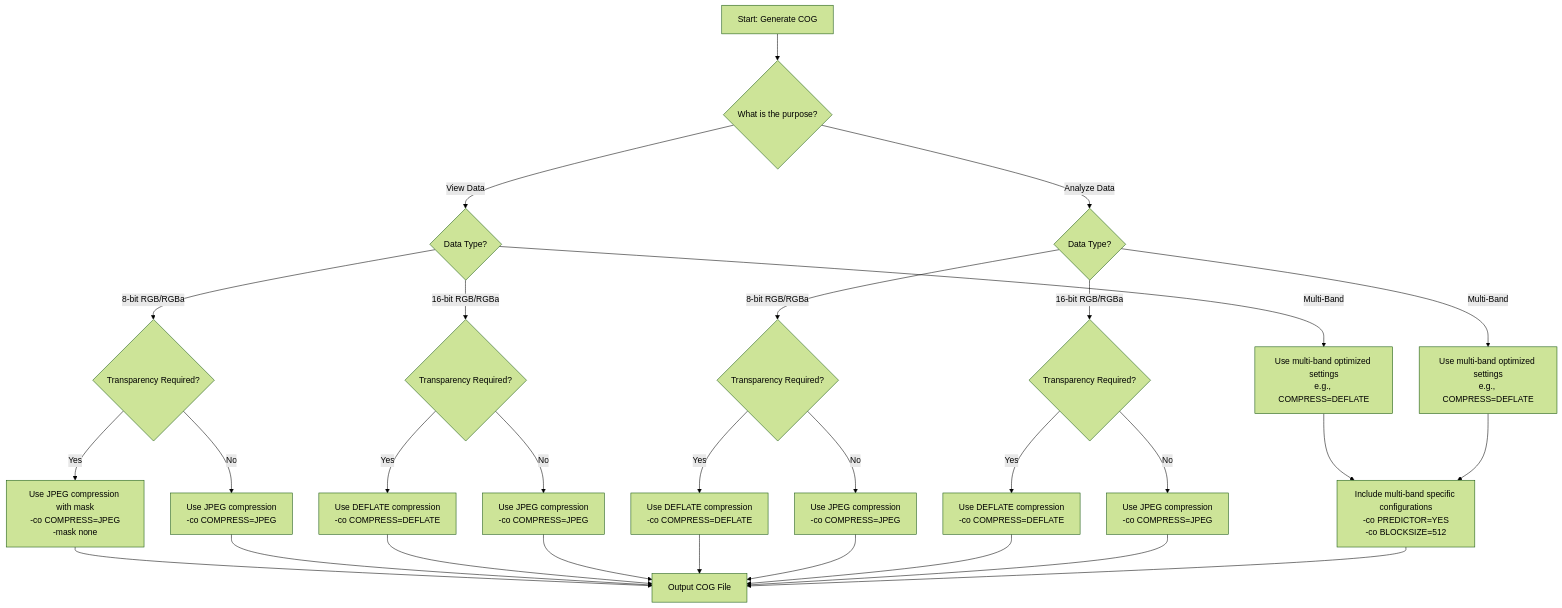
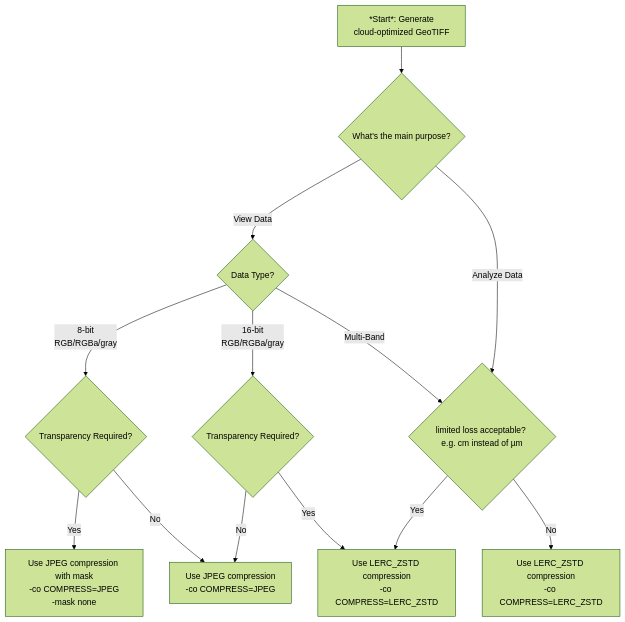
Before and after one commit to p1d1d1/p1d1d1.github.io: the diagram in test/mermaid.md, drawn with Mermaid (forest theme). The commit also changed other lines of this file, not shown here.

````diff
--- a/test/mermaid.md
+++ b/test/mermaid.md
@@ -1,27 +5,25 @@
 ```mermaid
 graph TD
-  A[Start: Generate COG] --> B{What is the purpose?}
-  B -->|View Data| C{Data Type?}
-  B -->|Analyze Data| D{Data Type?}
-  C -->|8-bit RGB/RGBa| E{Transparency Required?}
-  C -->|16-bit RGB/RGBa| F{Transparency Required?}
-  C -->|Multi-Band| G[Use multi-band optimized settings<br>e.g., COMPRESS=DEFLATE]
-  D -->|8-bit RGB/RGBa| H{Transparency Required?}
-  D -->|16-bit RGB/RGBa| I{Transparency Required?}
-  D -->|Multi-Band| J[Use multi-band optimized settings<br>e.g., COMPRESS=DEFLATE]
-  E -->|Yes| K[Use JPEG compression with mask<br>-co COMPRESS=JPEG<br>-mask none]
-  E -->|No| L[Use JPEG compression<br>-co COMPRESS=JPEG]
-  F -->|Yes| M[Use DEFLATE compression<br>-co COMPRESS=DEFLATE]
-  F -->|No| N[Use JPEG compression<br>-co COMPRESS=JPEG]
-  H -->|Yes| O[Use DEFLATE compression<br>-co COMPRESS=DEFLATE]
-  H -->|No| P[Use JPEG compression<br>-co COMPRESS=JPEG]
-  I -->|Yes| Q[Use DEFLATE compression<br>-co COMPRESS=DEFLATE]
-  I -->|No| R[Use JPEG compression<br>-co COMPRESS=JPEG]
-  G & J --> S[Include multi-band specific configurations<br>-co PREDICTOR=YES<br>-co BLOCKSIZE=512]
-  K & L & M & N & O & P & Q & R & S --> T[Output COG File]
-  click E "https://gdal.org/drivers/raster/cog.html" "Details on Transparency with JPEG"
-  click F "https://gdal.org/drivers/raster/cog.html" "Details on Transparency with DEFLATE"
-  click G "https://gdal.org/drivers/raster/cog.html" "Multi-Band Compression Details"
-  click J "https://gdal.org/drivers/raster/cog.html" "Multi-Band Compression Details"
-  click T "https://gdal.org/drivers/raster/cog.html" "GDAL Documentation"
+  start[*Start*: Generate<br> cloud-optimized GeoTIFF] --> purpose{What's the main purpose?}
+
+  purpose -->|View Data| view{Data Type?}
+  purpose -->|Analyze Data| analyze{limited loss acceptable? e.g. cm instead of µm}
+
+  view -->|8-bit<br>RGB/RGBa/gray| view8{Transparency Required?}
+  view -->|16-bit<br>RGB/RGBa/gray| view16{Transparency Required?}
+  view -->|Multi-Band| analyze
+
+  view8 -->|Yes| jpeg-mask[Use JPEG compression with mask<br>-co COMPRESS=JPEG<br>-mask none]
+  view8 -->|No| jpeg[Use JPEG compression<br>-co COMPRESS=JPEG]
+
+  view16 -->|No| jpeg[Use JPEG compression<br>-co COMPRESS=JPEG]
+  view16 -->|Yes| lerc_lossy[Use LERC_ZSTD compression<br>-co COMPRESS=LERC_ZSTD]
+
+  analyze -->|Yes| lerc_lossy[Use LERC_ZSTD compression<br>-co COMPRESS=LERC_ZSTD]
+  analyze -->|No| lerc_lossless[Use LERC_ZSTD compression<br>-co COMPRESS=LERC_ZSTD]
+
+  click jpeg README.md#lossy-visual-image
+  click jpeg-mask README.md#lossy-visual-image
+  click lerc_lossy README.md#lossy-numerical-raster
+  click lerc_lossless README.md#lossless-raster
 ```
````
